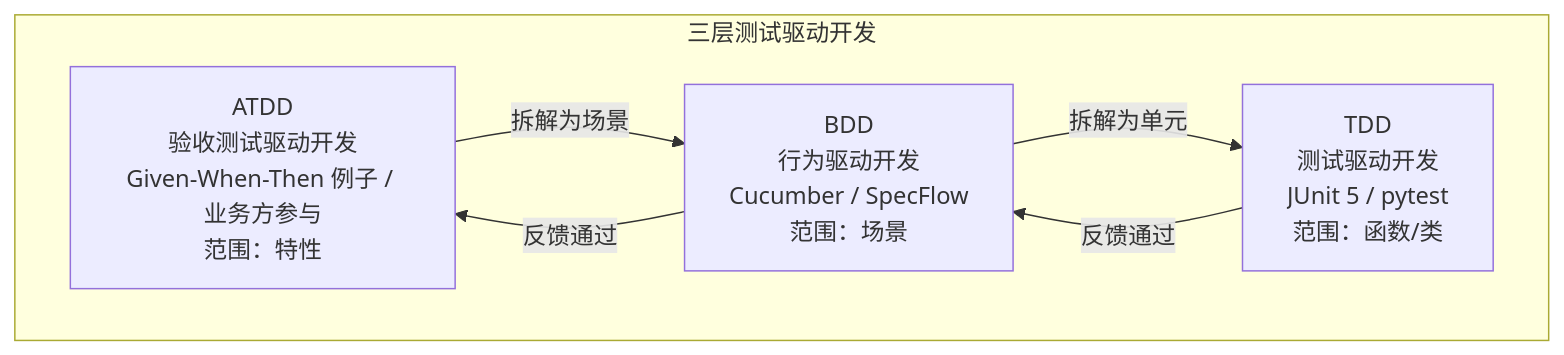
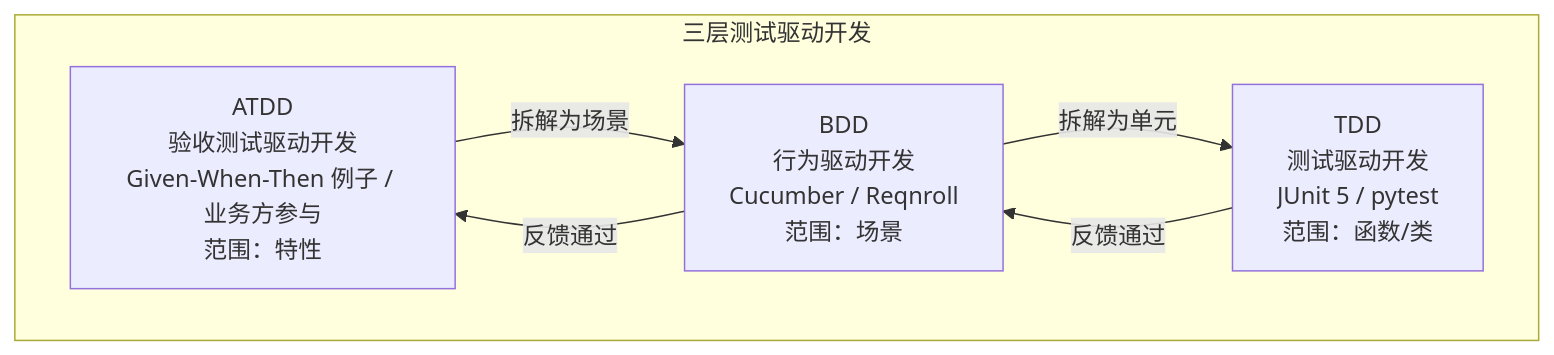
The third of 3 diagrams in docs/08-测试/02-自动化测试/04-TDD 红-绿-重构循环.md (zhangzhengyang27/tech-codex), drawn with Mermaid before and after one commit. The commit also changed other lines of this file and 14 other files, not shown here.

````diff
--- a/docs/08-测试/02-自动化测试/04-TDD 红-绿-重构循环.md
+++ b/docs/08-测试/02-自动化测试/04-TDD 红-绿-重构循环.md
@@ -303,12 +303,12 @@
 ```mermaid
 flowchart TB
     subgraph 三层测试驱动开发
         ATDD["ATDD<br/>验收测试驱动开发<br/>Given-When-Then 例子 / 业务方参与<br/>范围：特性"]
-        BDD["BDD<br/>行为驱动开发<br/>Cucumber / SpecFlow<br/>范围：场景"]
+        BDD["BDD<br/>行为驱动开发<br/>Cucumber / Reqnroll<br/>范围：场景"]
         TDD["TDD<br/>测试驱动开发<br/>JUnit 5 / pytest<br/>范围：函数/类"]
     end
     ATDD -->|拆解为场景| BDD
     BDD -->|拆解为单元| TDD
     TDD -->|反馈通过| BDD
     BDD -->|反馈通过| ATDD
 ```
````
